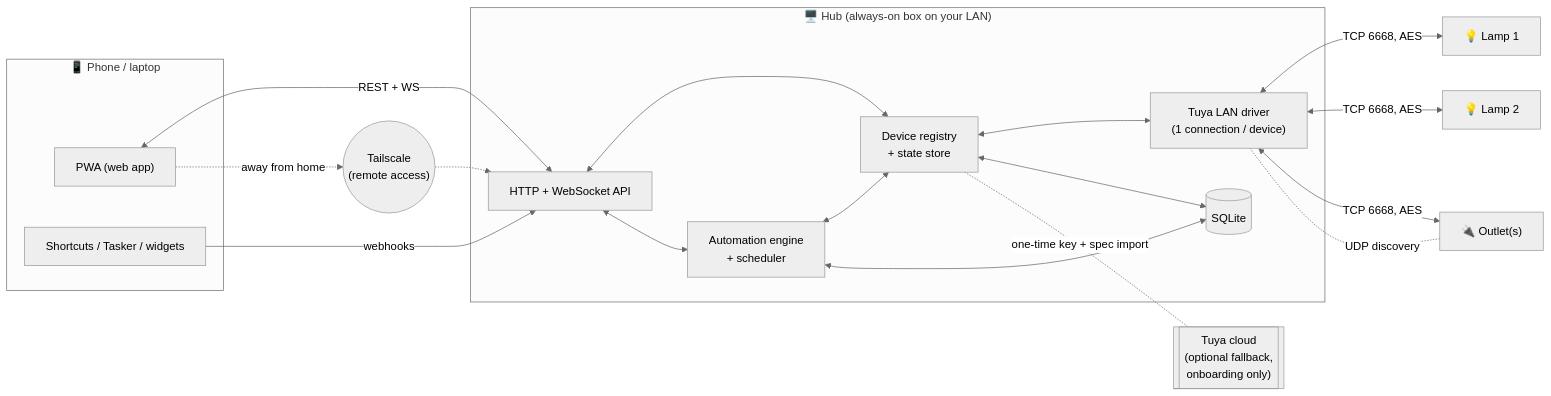
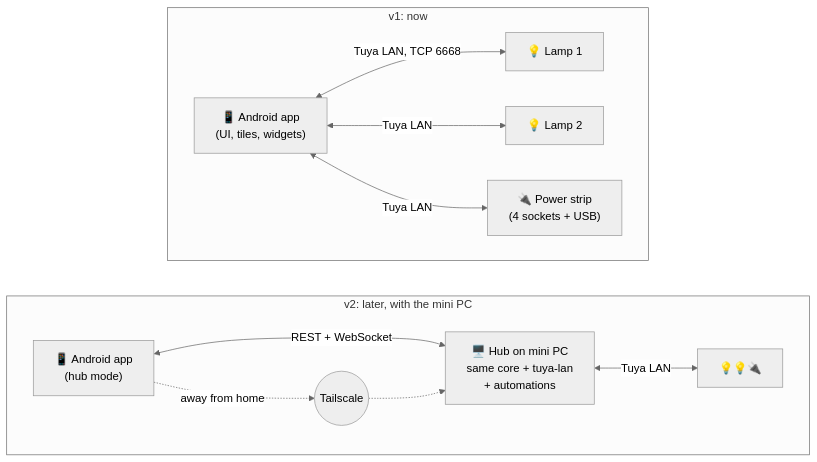
Before and after one commit to XDefoeRedstoneX/bardisucks: the diagram in docs/design/architecture.md, drawn with Mermaid (neutral theme). The commit also changed other lines of this file and 5 other files, not shown here.

````diff
--- a/docs/design/architecture.md
+++ b/docs/design/architecture.md
@@ -24,37 +36,25 @@
 ```mermaid
 flowchart LR
-  subgraph Phone["📱 Phone / laptop"]
-    PWA["PWA (web app)"]
-    SC["Shortcuts / Tasker / widgets"]
+  subgraph V2["v2: later, with the mini PC"]
+    direction LR
+    A2["📱 Android app<br/>(hub mode)"]
+    H["🖥️ Hub on mini PC<br/>same core + tuya-lan<br/>+ automations"]
+    D2["💡💡🔌"]
+    TS(("Tailscale"))
+    A2 <-->|REST + WebSocket| H
+    A2 -.->|away from home| TS
+    TS -.-> H
+    H <-->|Tuya LAN| D2
   end
 
-  subgraph Hub["🖥️ Hub (always-on box on your LAN)"]
-    API["HTTP + WebSocket API"]
-    ENG["Automation engine<br/>+ scheduler"]
-    REG["Device registry<br/>+ state store"]
-    DRV["Tuya LAN driver<br/>(1 connection / device)"]
-    DB[("SQLite")]
+  subgraph V1["v1: now"]
+    direction LR
+    A1["📱 Android app<br/>(UI, tiles, widgets)"]
+    L1a["💡 Lamp 1"]
+    L1b["💡 Lamp 2"]
+    S1["🔌 Power strip<br/>(4 sockets + USB)"]
+    A1 <-->|Tuya LAN, TCP 6668| L1a
+    A1 <-->|Tuya LAN| L1b
+    A1 <-->|Tuya LAN| S1
   end
-
-  L1["💡 Lamp 1"]
-  L2["💡 Lamp 2"]
-  P1["🔌 Outlet(s)"]
-  TS(("Tailscale<br/>(remote access)"))
-  CL[["Tuya cloud<br/>(optional fallback,<br/>onboarding only)"]]
-
-  PWA <-->|REST + WS| API
-  SC -->|webhooks| API
-  PWA -.->|away from home| TS
-  TS -.-> API
-  API <--> REG
-  API <--> ENG
-  ENG <--> REG
-  REG <--> DRV
-  REG <--> DB
-  ENG <--> DB
-  DRV <-->|TCP 6668, AES| L1
-  DRV <-->|TCP 6668, AES| L2
-  DRV <-->|TCP 6668, AES| P1
-  DRV -.-|UDP discovery| P1
-  REG -.-|one-time key + spec import| CL
 ```
````
